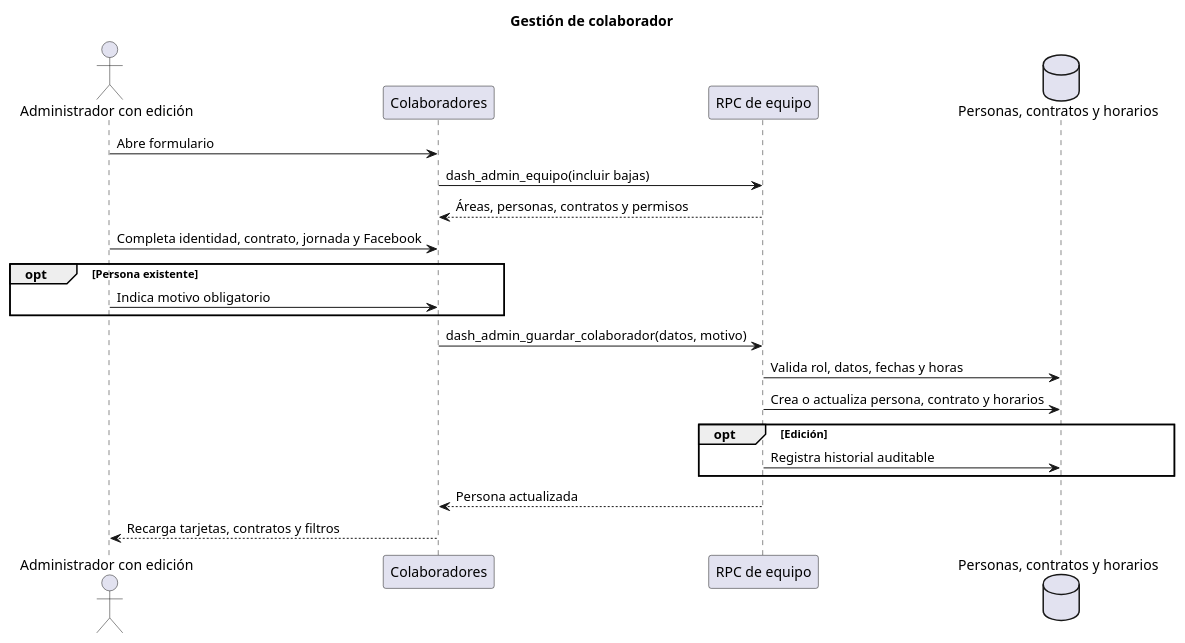
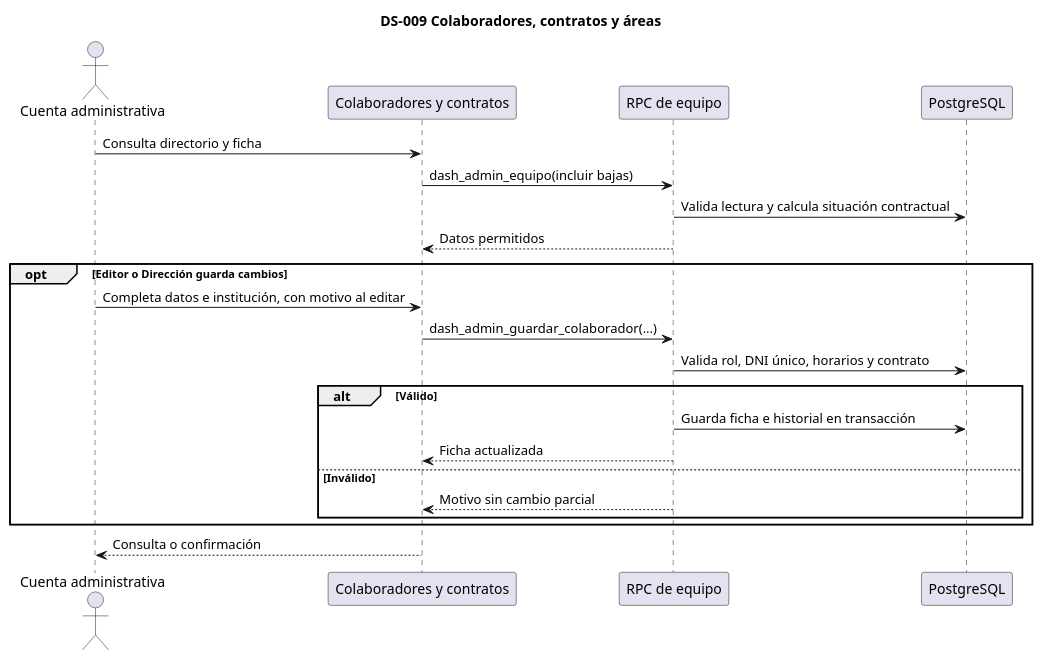
The ninth of 22 diagrams in docs/21-diagramas-secuencia-administracion-plantuml.md (kjabienestar-ux/KJA), drawn with PlantUML before and after one commit. The commit also changed other lines of this file and 4 other files, not shown here.

````diff
--- a/docs/21-diagramas-secuencia-administracion-plantuml.md
+++ b/docs/21-diagramas-secuencia-administracion-plantuml.md
@@ -284,25 +294,25 @@
 ```plantuml
 @startuml
-title Gestión de colaborador
-actor "Administrador con edición" as Admin
-participant Colaboradores as Web
-participant "RPC de equipo" as RPC
-database "Personas, contratos y horarios" as DB
-
-Admin -> Web: Abre formulario
-Web -> RPC: dash_admin_equipo(incluir bajas)
-RPC --> Web: Áreas, personas, contratos y permisos
-Admin -> Web: Completa identidad, contrato, jornada y Facebook
-opt Persona existente
-  Admin -> Web: Indica motivo obligatorio
+title DS-009 Colaboradores, contratos y áreas
+actor "Cuenta administrativa" as U
+participant "Colaboradores y contratos" as W
+participant "RPC de equipo" as R
+participant "PostgreSQL" as B
+U -> W: Consulta directorio y ficha
+W -> R: dash_admin_equipo(incluir bajas)
+R -> B: Valida lectura y calcula situación contractual
+R --> W: Datos permitidos
+opt Editor o Dirección guarda cambios
+U -> W: Completa datos e institución, con motivo al editar
+W -> R: dash_admin_guardar_colaborador(...)
+R -> B: Valida rol, DNI único, horarios y contrato
+alt Válido
+R -> B: Guarda ficha e historial en transacción
+R --> W: Ficha actualizada
+else Inválido
+R --> W: Motivo sin cambio parcial
 end
-Web -> RPC: dash_admin_guardar_colaborador(datos, motivo)
-RPC -> DB: Valida rol, datos, fechas y horas
-RPC -> DB: Crea o actualiza persona, contrato y horarios
-opt Edición
-  RPC -> DB: Registra historial auditable
 end
-RPC --> Web: Persona actualizada
-Web --> Admin: Recarga tarjetas, contratos y filtros
+W --> U: Consulta o confirmación
 @enduml
 ```
````
